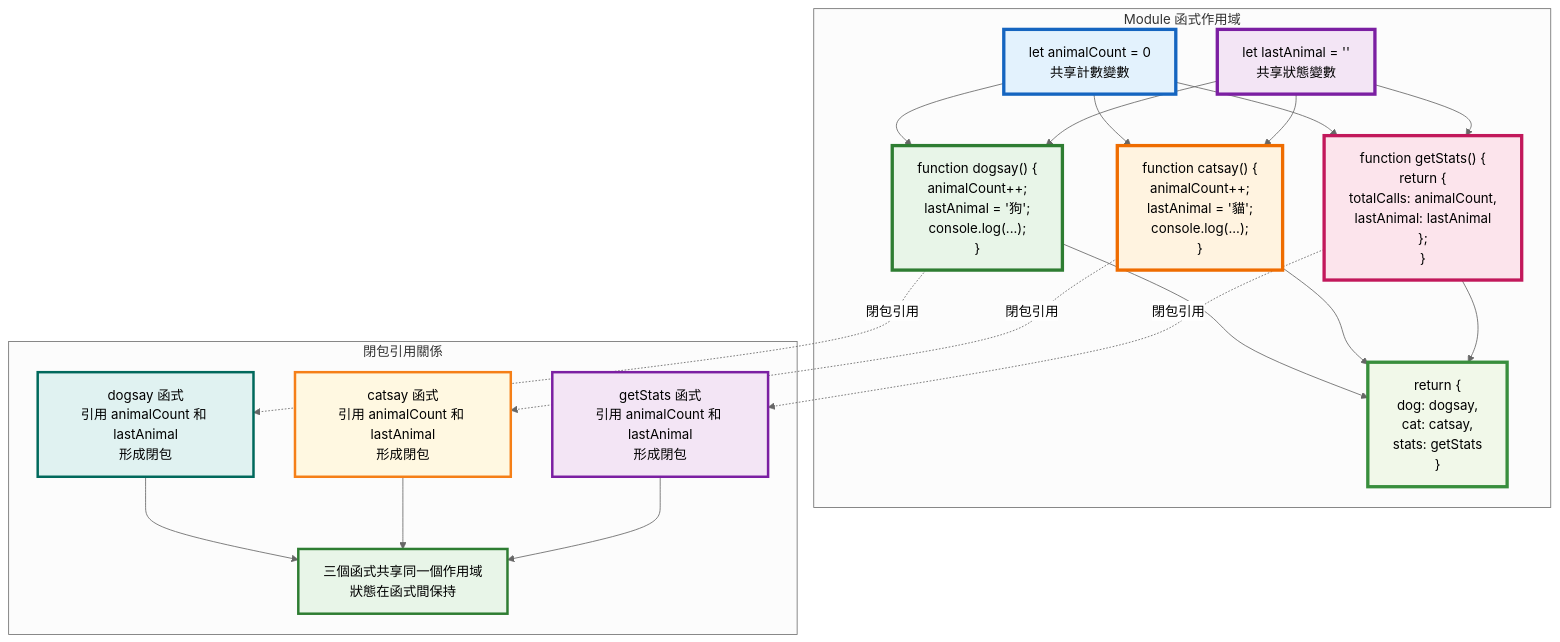
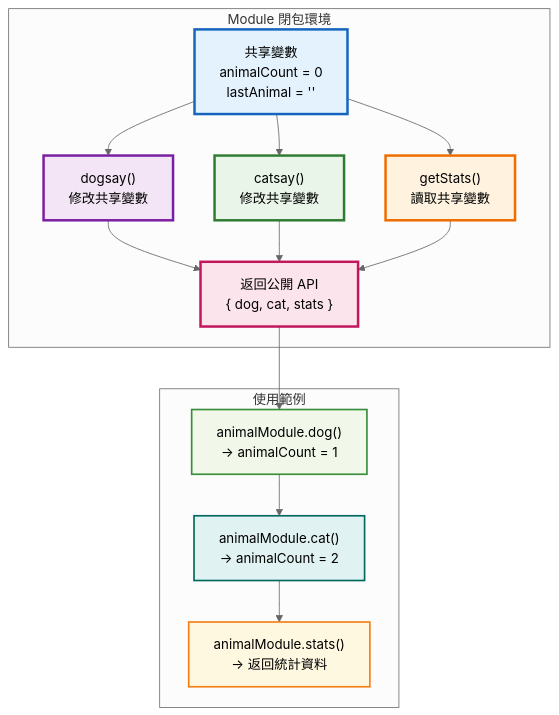
One commit to summer10920/summer10920.github.io changed the third of 5 diagrams in source/_posts/lokiTech-js-baseclass-2.md. Above: the diagram before and after it, drawn with Mermaid (neutral theme). The commit also changed other lines of this file and 1 other file, not shown here.

```diff
--- a/source/_posts/lokiTech-js-baseclass-2.md
+++ b/source/_posts/lokiTech-js-baseclass-2.md
@@ -1247,45 +1117,35 @@
 {% mermaid graph TD %}
-    subgraph "Module 函式作用域"
-        A["let animalCount = 0<br/>共享計數變數"]
-        B["let lastAnimal = ''<br/>共享狀態變數"]
-        C["function dogsay() {<br/>animalCount++;<br/>lastAnimal = '狗';<br/>console.log(...);<br/>}"]
-        D["function catsay() {<br/>animalCount++;<br/>lastAnimal = '貓';<br/>console.log(...);<br/>}"]
-        E["function getStats() {<br/>return {<br/>totalCalls: animalCount,<br/>lastAnimal: lastAnimal<br/>};<br/>}"]
-        F["return {<br/>dog: dogsay,<br/>cat: catsay,<br/>stats: getStats<br/>}"]
+    subgraph "Module 閉包環境"
+        A["共享變數<br/>animalCount = 0<br/>lastAnimal = ''"]
+        B["dogsay()<br/>修改共享變數"]
+        C["catsay()<br/>修改共享變數"]
+        D["getStats()<br/>讀取共享變數"]
+        E["返回公開 API<br/>{ dog, cat, stats }"]
     end
     
-    subgraph "閉包引用關係"
-        G["dogsay 函式<br/>引用 animalCount 和 lastAnimal<br/>形成閉包"]
-        H["catsay 函式<br/>引用 animalCount 和 lastAnimal<br/>形成閉包"]
-        I["getStats 函式<br/>引用 animalCount 和 lastAnimal<br/>形成閉包"]
-        J["三個函式共享同一個作用域<br/>狀態在函式間保持"]
+    subgraph "使用範例"
+        F["animalModule.dog()<br/>→ animalCount = 1"]
+        G["animalModule.cat()<br/>→ animalCount = 2"]
+        H["animalModule.stats()<br/>→ 返回統計資料"]
     end
     
+    A --> B
     A --> C
     A --> D
-    A --> E
-    B --> C
-    B --> D
     B --> E
-    C --> F
-    D --> F
+    C --> E
+    D --> E
+    
     E --> F
+    F --> G
+    G --> H
     
-    C -.->|"閉包引用"| G
-    D -.->|"閉包引用"| H
-    E -.->|"閉包引用"| I
-    G --> J
-    H --> J
-    I --> J
-    
-    style A fill:#e3f2fd,stroke:#1565c0,stroke-width:4px
-    style B fill:#f3e5f5,stroke:#7b1fa2,stroke-width:4px
-    style C fill:#e8f5e8,stroke:#2e7d32,stroke-width:4px
-    style D fill:#fff3e0,stroke:#ef6c00,stroke-width:4px
-    style E fill:#fce4ec,stroke:#c2185b,stroke-width:4px
-    style F fill:#f1f8e9,stroke:#388e3c,stroke-width:4px
-    style G fill:#e0f2f1,stroke:#00695c,stroke-width:3px
-    style H fill:#fff8e1,stroke:#f57f17,stroke-width:3px
-    style I fill:#f3e5f5,stroke:#7b1fa2,stroke-width:3px
-    style J fill:#e8f5e8,stroke:#2e7d32,stroke-width:3px
+    style A fill:#e3f2fd,stroke:#1565c0,stroke-width:3px
+    style B fill:#f3e5f5,stroke:#7b1fa2,stroke-width:3px
+    style C fill:#e8f5e8,stroke:#2e7d32,stroke-width:3px
+    style D fill:#fff3e0,stroke:#ef6c00,stroke-width:3px
+    style E fill:#fce4ec,stroke:#c2185b,stroke-width:3px
+    style F fill:#f1f8e9,stroke:#388e3c,stroke-width:2px
+    style G fill:#e0f2f1,stroke:#00695c,stroke-width:2px
+    style H fill:#fff8e1,stroke:#f57f17,stroke-width:2px
 {% endmermaid %}
```
